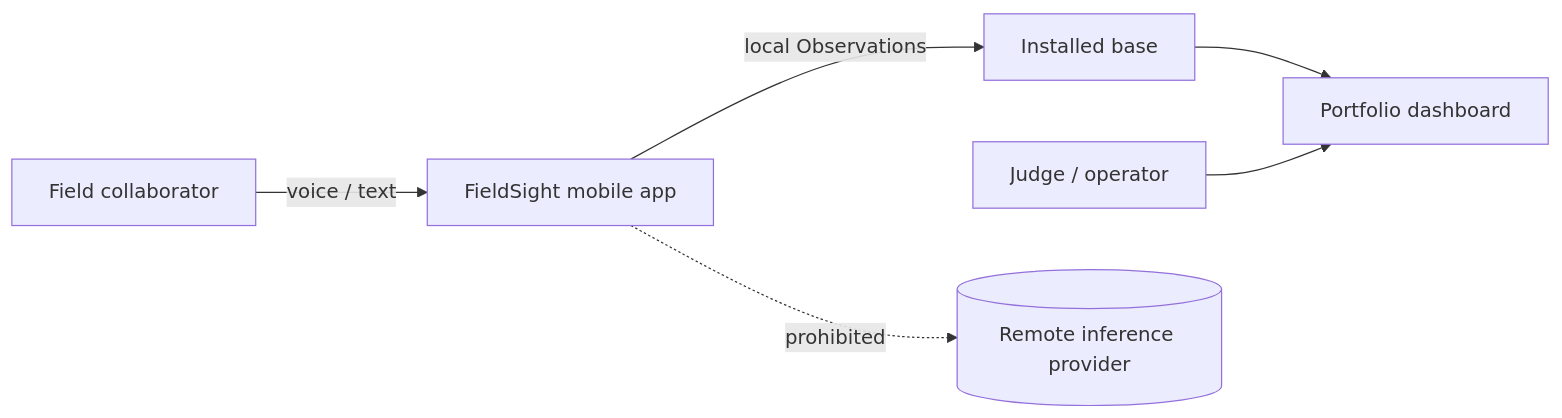
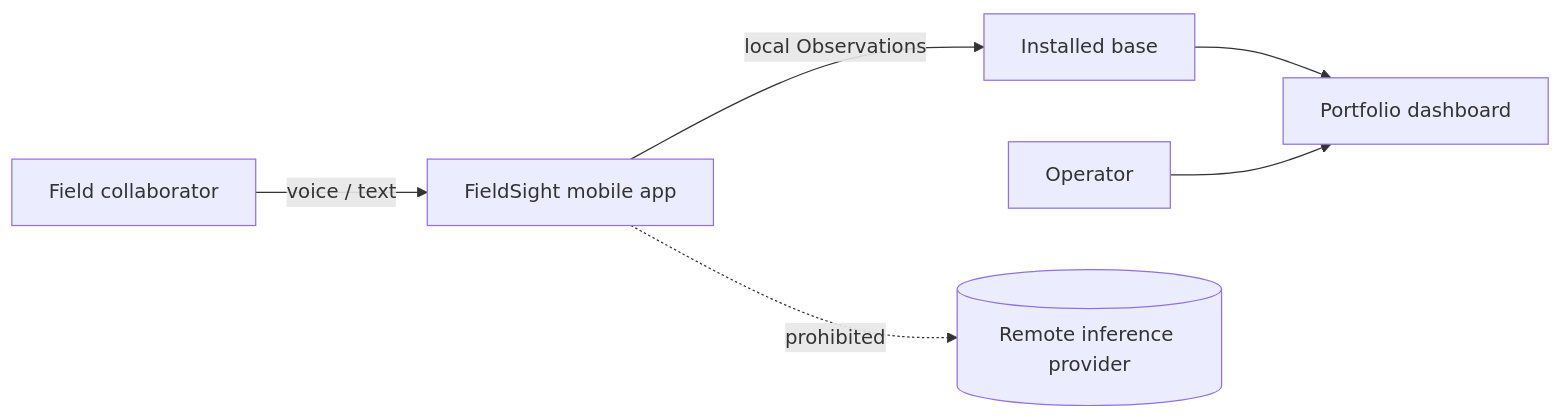
One commit to quantumquirkxyz/Caffeine-Express changed the first of 4 diagrams in docs/architecture.md. Above: the diagram before and after it, drawn with Mermaid. The commit also changed other lines of this file and 10 other files, not shown here.

````diff
--- a/docs/architecture.md
+++ b/docs/architecture.md
@@ -18,10 +18,10 @@
 ```mermaid
 flowchart LR
     C["Field collaborator"] -->|voice / text| APP["FieldSight mobile app"]
     APP -->|local Observations| BASE["Installed base"]
     BASE --> DASH["Portfolio dashboard"]
-    J["Judge / operator"] --> DASH
+    J["Operator"] --> DASH
 
     CLOUD[("Remote inference provider")]
     APP -. prohibited .-> CLOUD
 ```
````
